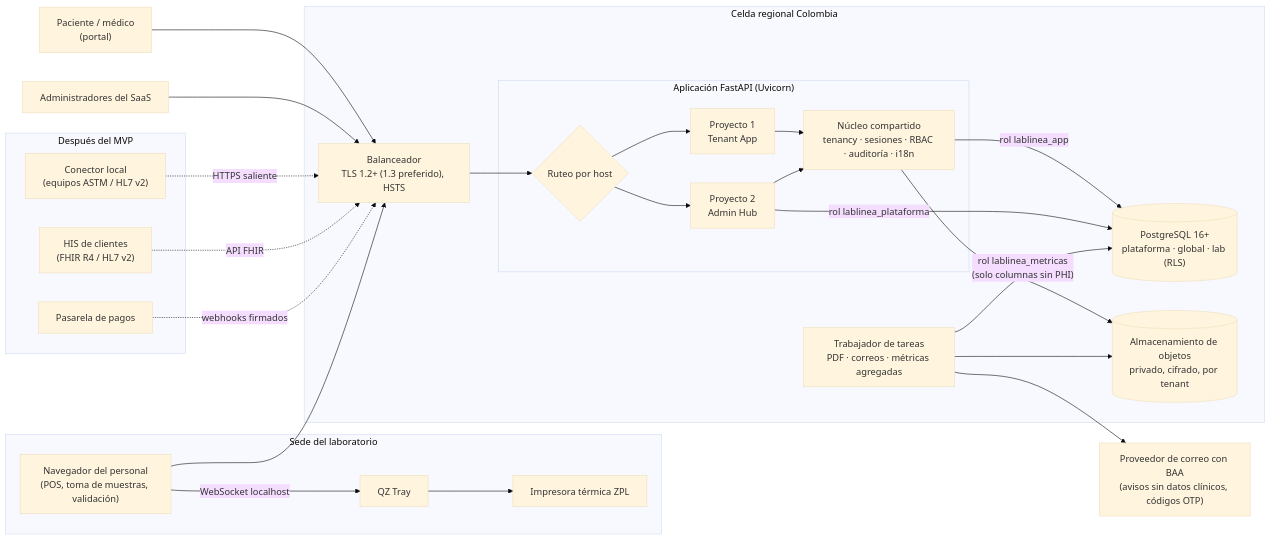
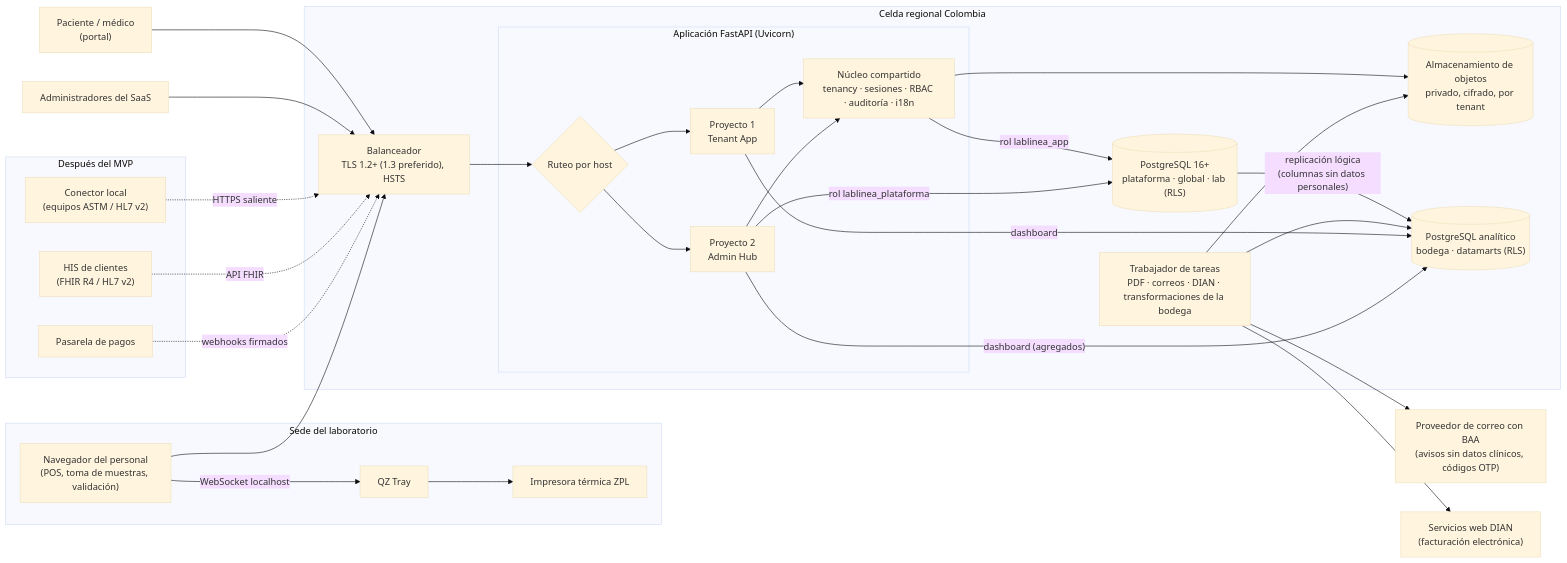
Before and after one commit to juanotalora-predizer/LabLineaWeb: the first of 2 diagrams in specs/plan-desarrollo.md, drawn with Mermaid (base theme). The commit also changed other lines of this file and 35 other files, not shown here.

````diff
--- a/specs/plan-desarrollo.md
+++ b/specs/plan-desarrollo.md
@@ -19,49 +19,55 @@
 ```mermaid
 flowchart LR
     subgraph Laboratorio["Sede del laboratorio"]
         PC["Navegador del personal<br/>(POS, toma de muestras, validación)"]
         QZ["QZ Tray"]
         IMP["Impresora térmica ZPL"]
         PC -- "WebSocket localhost" --> QZ --> IMP
     end
 
     PAC["Paciente / médico<br/>(portal)"]
     ADM["Administradores del SaaS"]
 
     subgraph Nube["Celda regional Colombia"]
         LB["Balanceador<br/>TLS 1.2+ (1.3 preferido), HSTS"]
         subgraph APP["Aplicación FastAPI (Uvicorn)"]
             HOST{"Ruteo por host"}
             T["Proyecto 1<br/>Tenant App"]
             A["Proyecto 2<br/>Admin Hub"]
             CORE["Núcleo compartido<br/>tenancy · sesiones · RBAC · auditoría · i18n"]
             HOST --> T & A
             T & A --> CORE
         end
-        W["Trabajador de tareas<br/>PDF · correos · métricas agregadas"]
+        W["Trabajador de tareas<br/>PDF · correos · DIAN · transformaciones de la bodega"]
         PG[("PostgreSQL 16+<br/>plataforma · global · lab (RLS)")]
         OBJ[("Almacenamiento de objetos<br/>privado, cifrado, por tenant")]
         LB --> HOST
         CORE -- "rol lablinea_app" --> PG
         A -- "rol lablinea_plataforma" --> PG
-        W -- "rol lablinea_metricas<br/>(solo columnas sin PHI)" --> PG
+        DW[("PostgreSQL analítico<br/>bodega · datamarts (RLS)")]
+        PG -- "replicación lógica<br/>(columnas sin datos personales)" --> DW
+        W --> DW
+        T -- "dashboard" --> DW
+        A -- "dashboard (agregados)" --> DW
         CORE --> OBJ
         W --> OBJ
     end
 
     MAIL["Proveedor de correo con BAA<br/>(avisos sin datos clínicos, códigos OTP)"]
 
     PC --> LB
     PAC --> LB
     ADM --> LB
     W --> MAIL
+    DIAN["Servicios web DIAN<br/>(facturación electrónica)"]
+    W --> DIAN
 
     subgraph Futuro["Después del MVP"]
         CON["Conector local<br/>(equipos ASTM / HL7 v2)"]
         HIS["HIS de clientes<br/>(FHIR R4 / HL7 v2)"]
         PAY["Pasarela de pagos"]
     end
     CON -. "HTTPS saliente" .-> LB
     HIS -. "API FHIR" .-> LB
     PAY -. "webhooks firmados" .-> LB
 ```
````
